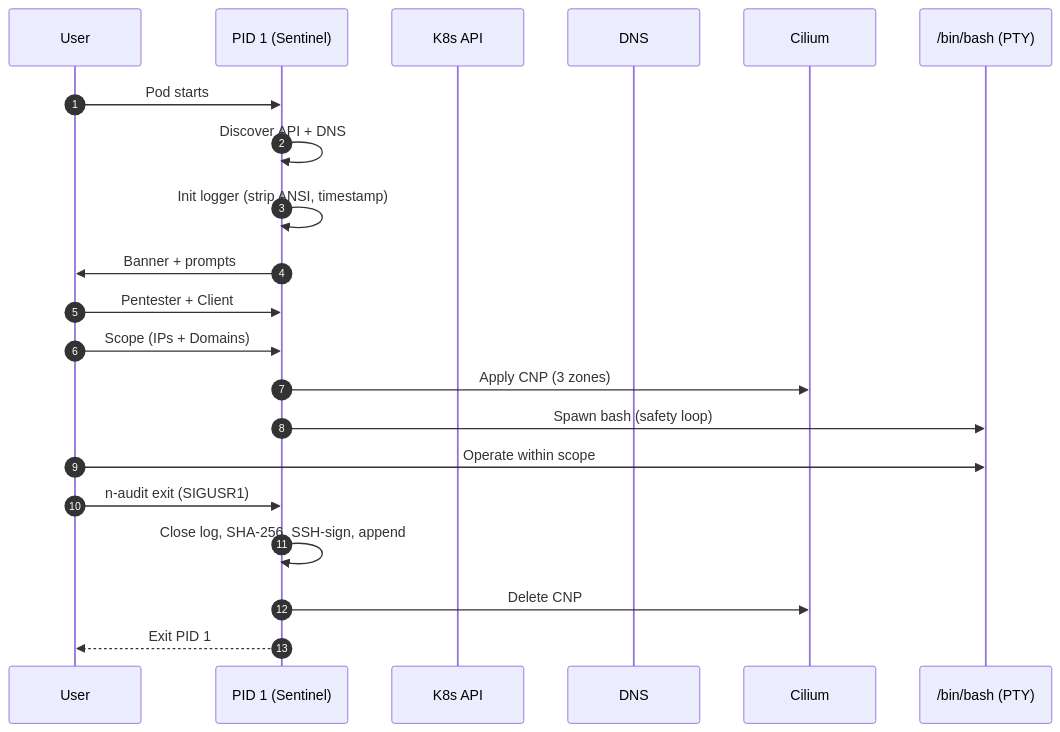
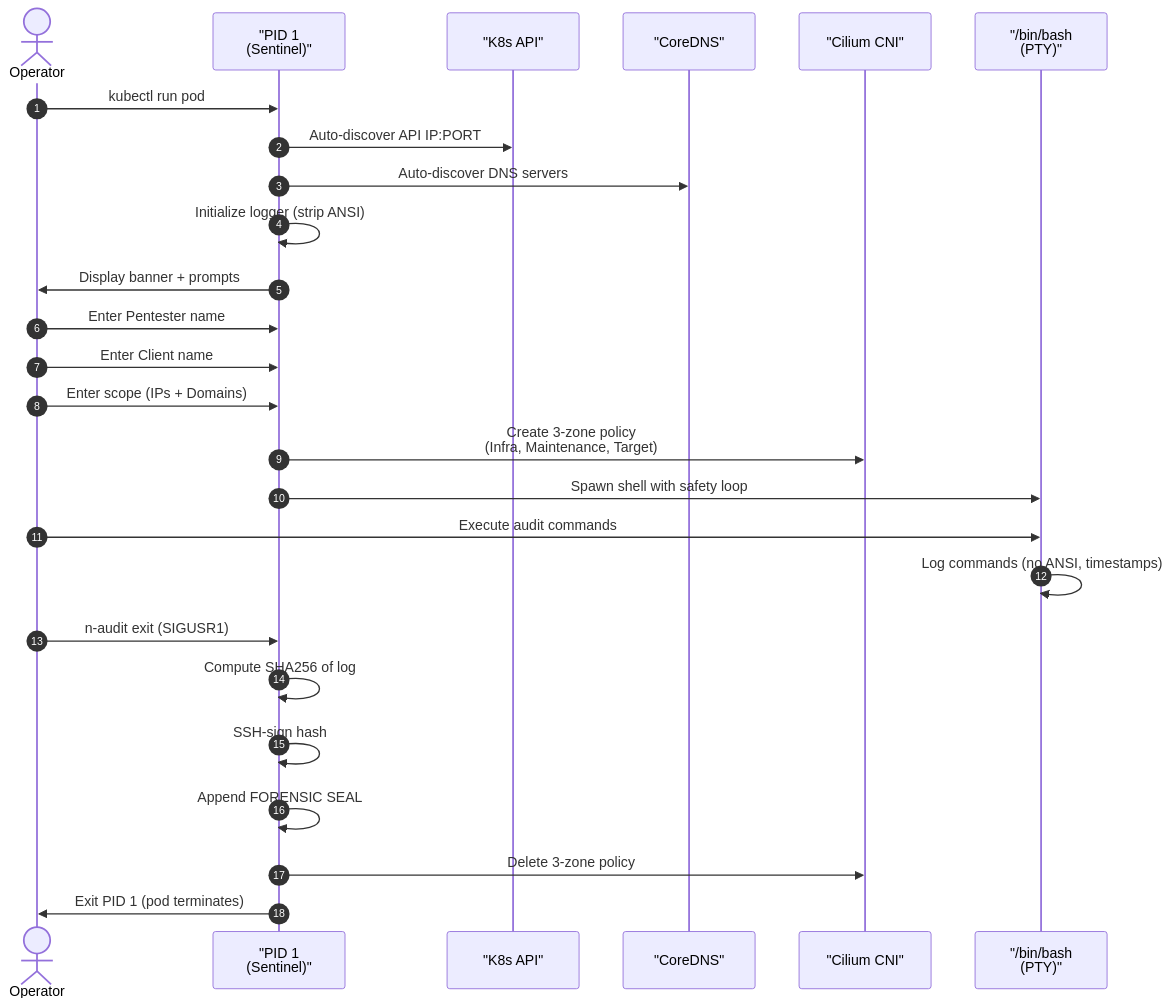
Before and after one commit to ITSsafer-DevOps/N-Audit-Sentinel: the second of 2 diagrams in README.md, drawn with Mermaid. The commit also changed other lines of this file and 2 other files, not shown here.

````diff
--- a/README.md
+++ b/README.md
@@ -84,24 +121,29 @@
 ```mermaid
 sequenceDiagram
     autonumber
-    participant U as User
-    participant S as PID 1 (Sentinel)
-    participant K as K8s API
-    participant D as DNS
-    participant C as Cilium
-    participant B as /bin/bash (PTY)
+    actor User as Operator
+    participant Sentinel as "PID 1<br/>(Sentinel)"
+    participant K8s as "K8s API"
+    participant DNS as "CoreDNS"
+    participant Cilium as "Cilium CNI"
+    participant Bash as "/bin/bash<br/>(PTY)"
 
-    U->>S: Pod starts
-    S->>S: Discover API + DNS
-    S->>S: Init logger (strip ANSI, timestamp)
-    S->>U: Banner + prompts
-    U->>S: Pentester + Client
-    U->>S: Scope (IPs + Domains)
-    S->>C: Apply CNP (3 zones)
-    S->>B: Spawn bash (safety loop)
-    U->>B: Operate within scope
-    U->>S: n-audit exit (SIGUSR1)
-    S->>S: Close log, SHA‑256, SSH‑sign, append
-    S->>C: Delete CNP
-    S-->>U: Exit PID 1
+    User->>Sentinel: kubectl run pod
+    Sentinel->>K8s: Auto-discover API IP:PORT
+    Sentinel->>DNS: Auto-discover DNS servers
+    Sentinel->>Sentinel: Initialize logger (strip ANSI)
+    Sentinel->>User: Display banner + prompts
+    User->>Sentinel: Enter Pentester name
+    User->>Sentinel: Enter Client name
+    User->>Sentinel: Enter scope (IPs + Domains)
+    Sentinel->>Cilium: Create 3-zone policy<br/>(Infra, Maintenance, Target)
+    Sentinel->>Bash: Spawn shell with safety loop
+    User->>Bash: Execute audit commands
+    Bash->>Bash: Log commands (no ANSI, timestamps)
+    User->>Sentinel: n-audit exit (SIGUSR1)
+    Sentinel->>Sentinel: Compute SHA256 of log
+    Sentinel->>Sentinel: SSH-sign hash
+    Sentinel->>Sentinel: Append FORENSIC SEAL
+    Sentinel->>Cilium: Delete 3-zone policy
+    Sentinel->>User: Exit PID 1 (pod terminates)
 ```
````
